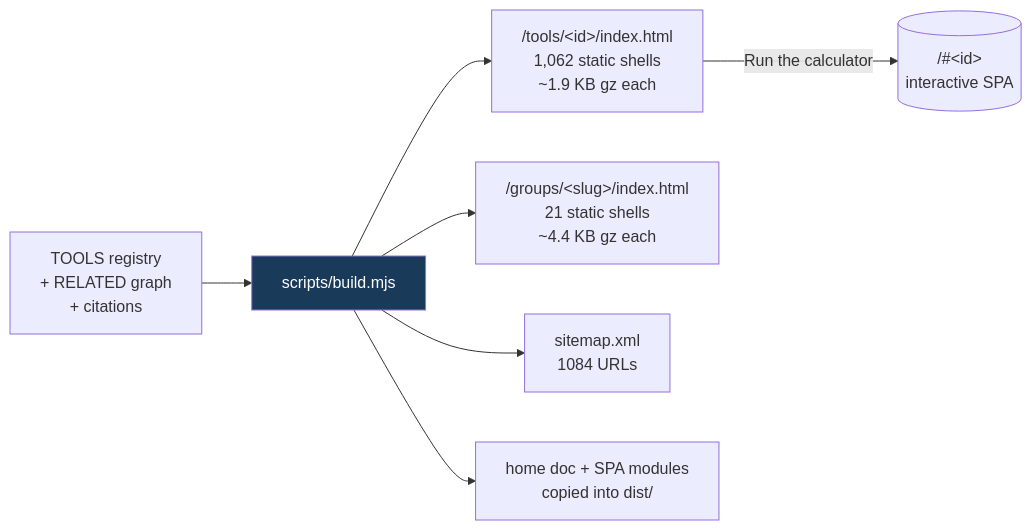
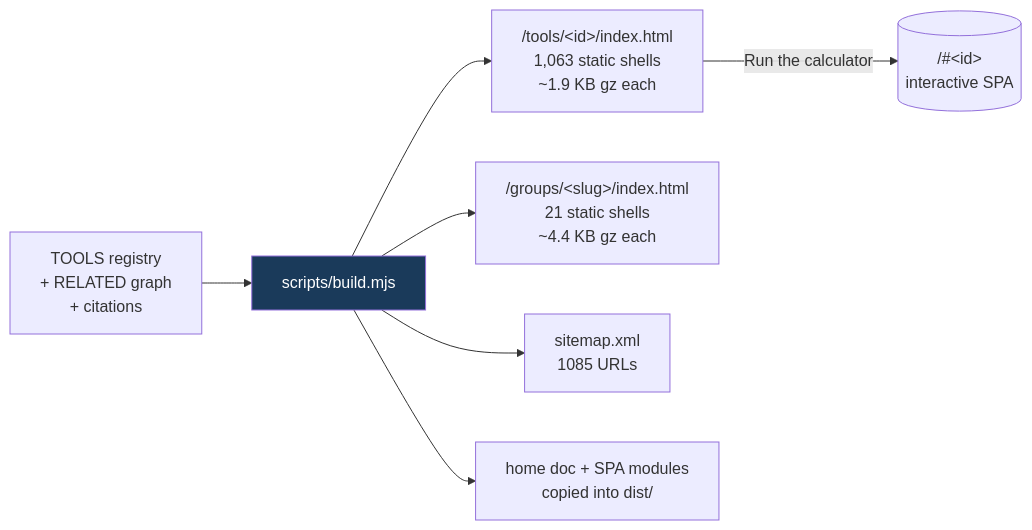
The fifth of 8 diagrams in README.md (clay-good/roughlogic.com), drawn with Mermaid before and after one commit. The commit also changed other lines of this file and 14 other files, not shown here.

````diff
--- a/README.md
+++ b/README.md
@@ -495,10 +495,10 @@
 ```mermaid
 flowchart LR
     SRC[TOOLS registry\n+ RELATED graph\n+ citations] --> BUILD[scripts/build.mjs]
-    BUILD --> TILE["/tools/&lt;id&gt;/index.html\n1,062 static shells\n~1.9 KB gz each"]
+    BUILD --> TILE["/tools/&lt;id&gt;/index.html\n1,063 static shells\n~1.9 KB gz each"]
     BUILD --> GROUP["/groups/&lt;slug&gt;/index.html\n21 static shells\n~4.4 KB gz each"]
-    BUILD --> MAP["sitemap.xml\n1084 URLs"]
+    BUILD --> MAP["sitemap.xml\n1085 URLs"]
     BUILD --> COPY[home doc + SPA modules\ncopied into dist/]
     TILE -->|Run the calculator| SPA[("/#&lt;id&gt;\ninteractive SPA")]
     style BUILD fill:#1a3a5a,color:#fff
 ```
````
